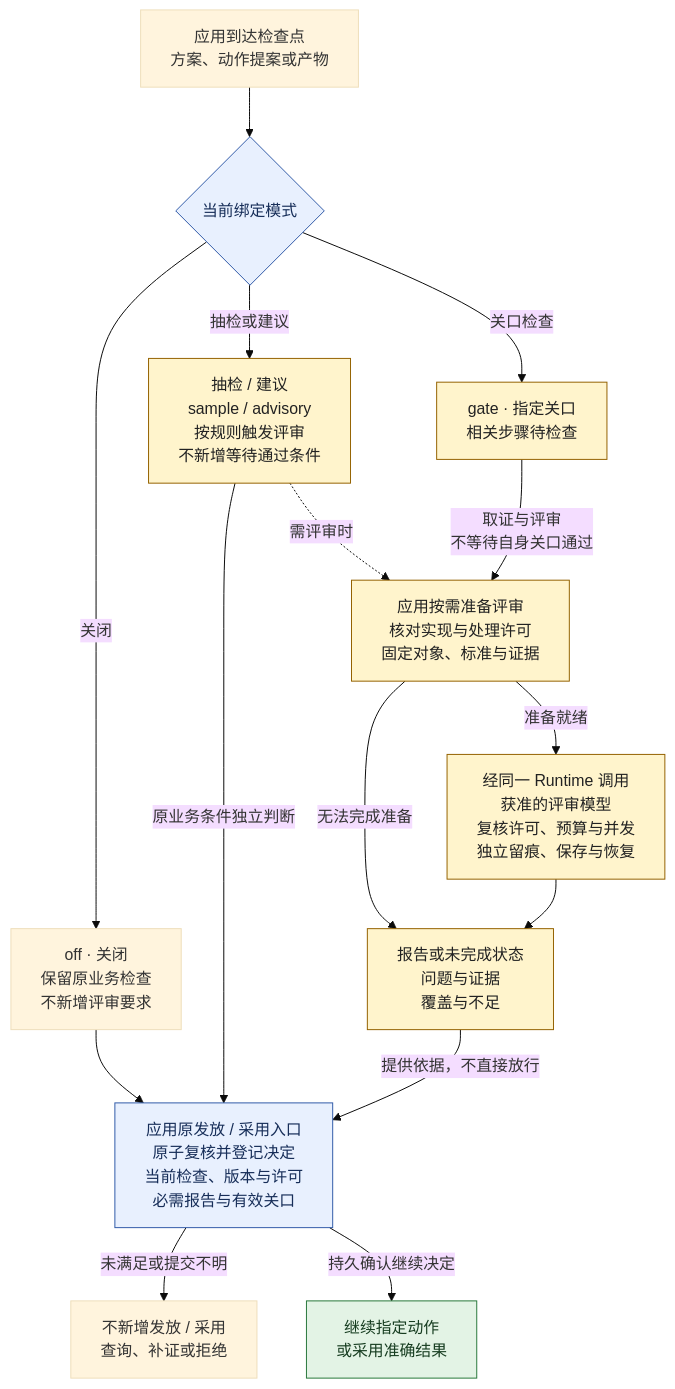
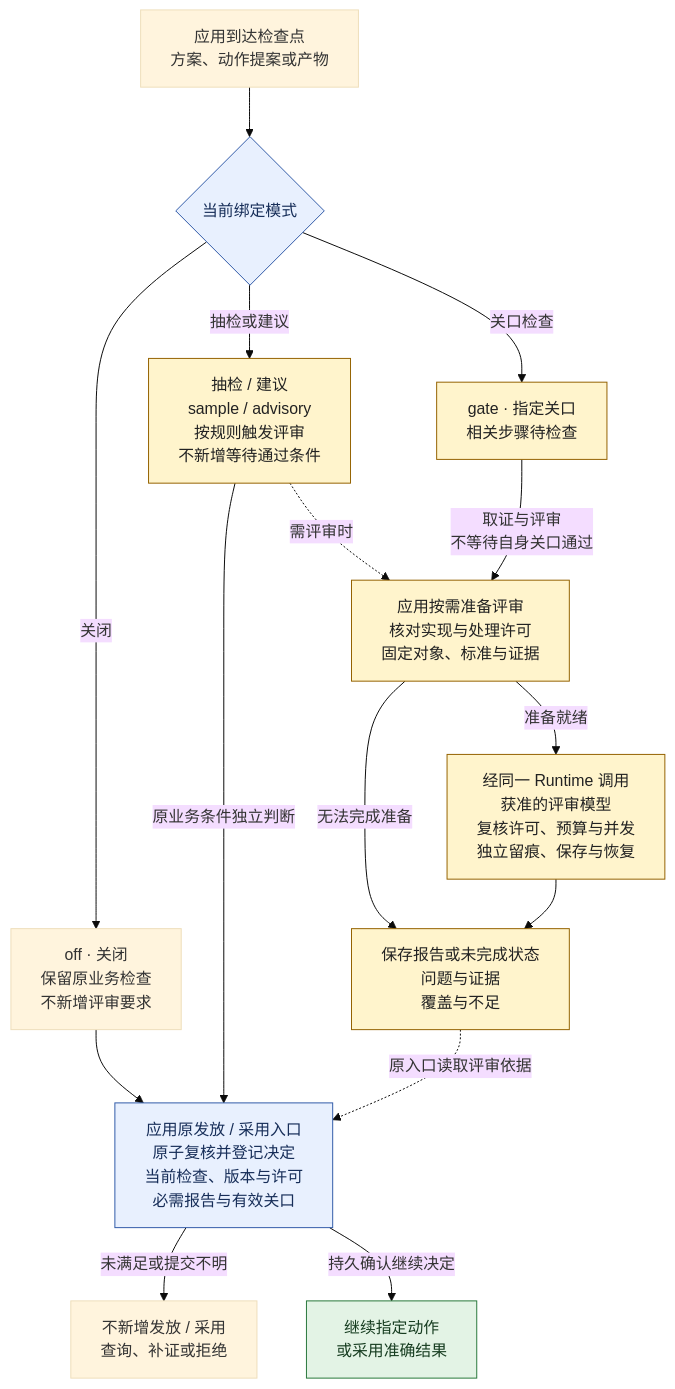
Before and after one commit to kongbu0621/infra-model-runtime: the second of 2 diagrams in README.md, drawn with Mermaid (base theme). The commit also changed other lines of this file, not shown here.

````diff
--- a/README.md
+++ b/README.md
@@ -142,37 +142,37 @@
 ```mermaid
 %%{init: {"flowchart": {"wrappingWidth": 240}}}%%
 flowchart TB
     P["应用到达检查点<br/>方案、动作提案或产物"]
     M{"当前绑定模式"}
     O["off · 关闭<br/>保留原业务检查<br/>不新增评审要求"]
     A["抽检 / 建议<br/>sample / advisory<br/>按规则触发评审<br/>不新增等待通过条件"]
     G["gate · 指定关口<br/>相关步骤待检查"]
     E["应用按需准备评审<br/>核对实现与处理许可<br/>固定对象、标准与证据"]
     R["经同一 Runtime 调用<br/>获准的评审模型<br/>复核许可、预算与并发<br/>独立留痕、保存与恢复"]
-    S["报告或未完成状态<br/>问题与证据<br/>覆盖与不足"]
+    S["保存报告或未完成状态<br/>问题与证据<br/>覆盖与不足"]
     D["应用原发放 / 采用入口<br/>原子复核并登记决定<br/>当前检查、版本与许可<br/>必需报告与有效关口"]
     W["不新增发放 / 采用<br/>查询、补证或拒绝"]
     U["继续指定动作<br/>或采用准确结果"]
 
     P --> M
     M -->|关闭| O
     M -->|抽检或建议| A
     M -->|关口检查| G
     O --> D
     A -->|原业务条件独立判断| D
     A -.->|需评审时| E
     G -->|"取证与评审<br/>不等待自身关口通过"| E
     E -->|准备就绪| R
     E -->|无法完成准备| S
     R --> S
-    S -->|提供依据，不直接放行| D
+    S -.->|原入口读取评审依据| D
     D -->|未满足或提交不明| W
     D -->|持久确认继续决定| U
 
     classDef optional fill:#fff4cc,stroke:#946200,color:#222;
     classDef decision fill:#e8f0fe,stroke:#315ba8,color:#172e59;
     classDef outcome fill:#e3f3e5,stroke:#29783b,color:#173d21;
     class A,G,E,R,S optional;
     class M,D decision;
     class U outcome;
 ```
````
